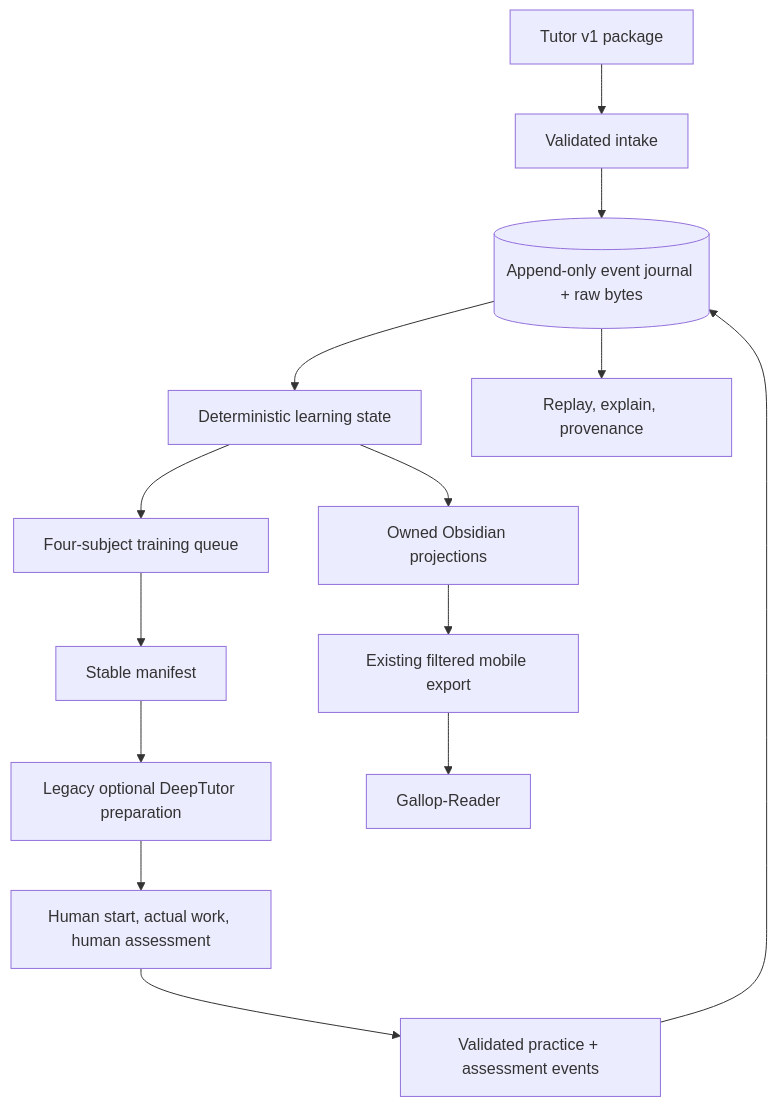
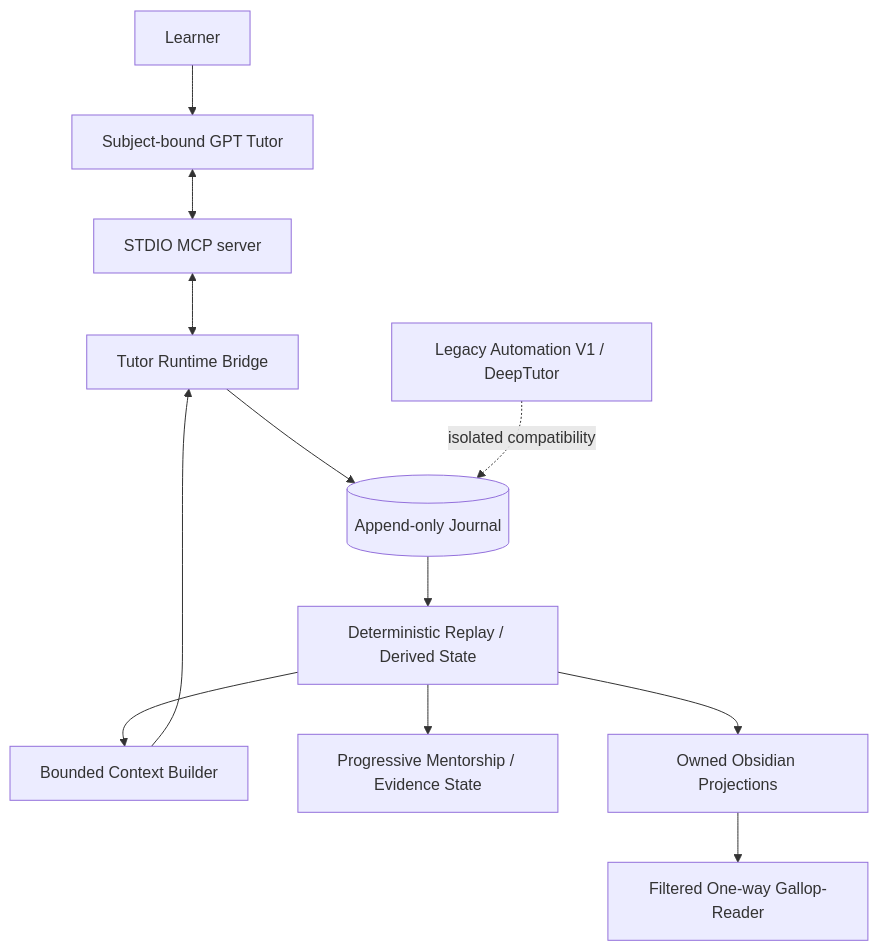
The diagram in docs/architecture.md (lucaschang2021/gallop), drawn with Mermaid before and after one commit. The commit also changed other lines of this file, not shown here.

Commit message:
docs: update architecture for shipped Zero-Touch runtime

````diff
--- a/docs/architecture.md
+++ b/docs/architecture.md
@@ -22,16 +13,14 @@
-~~~mermaid
+```mermaid
 flowchart TD
-    T[Tutor v1 package] --> I[Validated intake]
-    I --> E[(Append-only event journal + raw bytes)]
-    E --> S[Deterministic learning state]
-    S --> Q[Four-subject training queue]
-    Q --> M[Stable manifest]
-    M --> D[Legacy optional DeepTutor preparation]
-    D --> H[Human start, actual work, human assessment]
-    H --> R[Validated practice + assessment events]
-    R --> E
-    S --> V[Owned Obsidian projections]
-    V --> P[Existing filtered mobile export]
-    P --> G[Gallop-Reader]
-    E --> A[Replay, explain, provenance]
-~~~
+    U[Learner] --> T[Subject-bound GPT Tutor]
+    T <--> M[STDIO MCP server]
+    M <--> B[Tutor Runtime Bridge]
+    B --> J[(Append-only Journal)]
+    J --> R[Deterministic Replay / Derived State]
+    R --> C[Bounded Context Builder]
+    C --> B
+    R --> P[Progressive Mentorship / Evidence State]
+    R --> O[Owned Obsidian Projections]
+    O --> G[Filtered One-way Gallop-Reader]
+    L[Legacy Automation V1 / DeepTutor] -. isolated compatibility .-> J
+```
````
